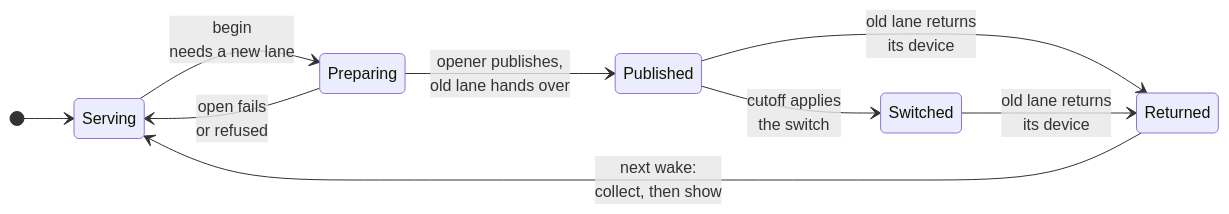
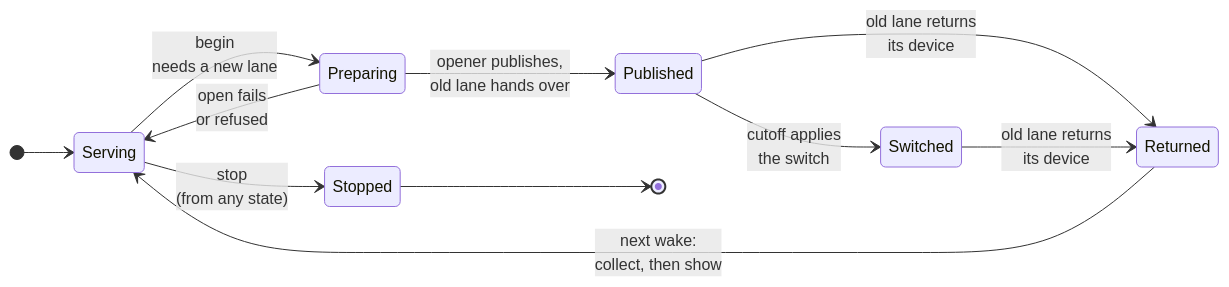
The diagram in docs/design/output-cutover.md (abossard/bossylights), drawn with Mermaid before and after one commit. The commit also changed other lines of this file and 4 other files, not shown here.

````diff
--- a/docs/design/output-cutover.md
+++ b/docs/design/output-cutover.md
@@ -7,12 +7,14 @@
 ```mermaid
 stateDiagram-v2
   direction LR
   [*] --> Serving
   Serving --> Preparing: begin<br/>needs a new lane
   Preparing --> Serving: open fails<br/>or refused
   Preparing --> Published: opener publishes,<br/>old lane hands over
   Published --> Switched: cutoff applies<br/>the switch
   Published --> Returned: old lane returns<br/>its device
   Switched --> Returned: old lane returns<br/>its device
   Returned --> Serving: next wake:<br/>collect, then show
+  Serving --> Stopped: stop<br/>(from any state)
+  Stopped --> [*]
 ```
````
